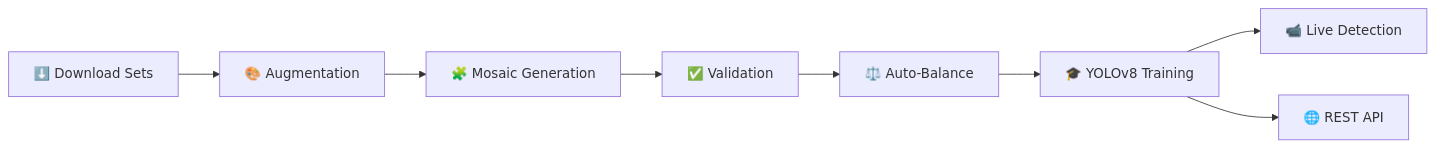
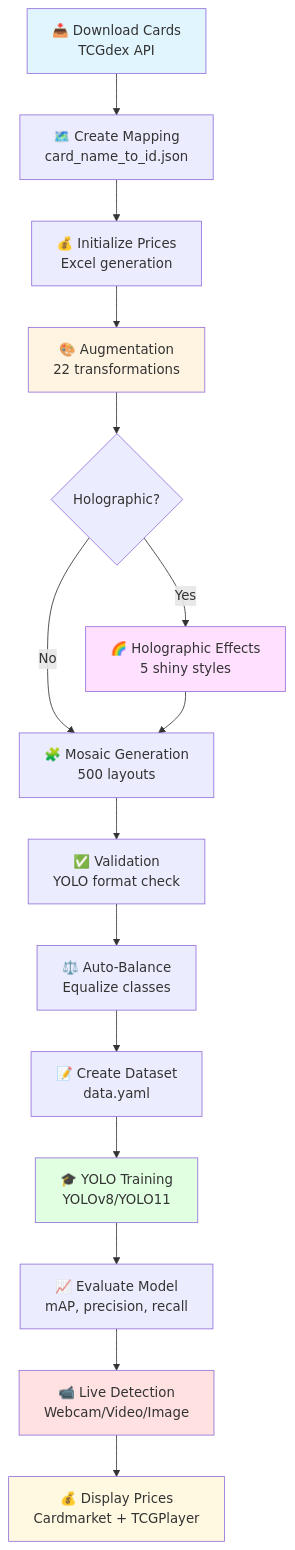
Before and after one commit to lo26lo/pok: the diagram in docs/README_COMPLET.md, drawn with Mermaid. The commit also changed other lines of this file, not shown here.

Commit message:
docs: complete README overhaul with English version, workflow diagrams, and screenshots section

````diff
--- a/docs/README_COMPLET.md
+++ b/docs/README_COMPLET.md
@@ -441,10 +437,24 @@
 ```mermaid
-graph LR
-    A[⬇️ Download Sets] --> B[🎨 Augmentation]
-    B --> C[🧩 Mosaic Generation]
-    C --> D[✅ Validation]
-    D --> E[⚖️ Auto-Balance]
-    E --> F[🎓 YOLOv8 Training]
-    F --> G[📹 Live Detection]
-    F --> H[🌐 REST API]
+graph TB
+    A[📥 Download Cards<br/>TCGdex API] --> B[🗺️ Create Mapping<br/>card_name_to_id.json]
+    B --> C[💰 Initialize Prices<br/>Excel generation]
+    C --> D[🎨 Augmentation<br/>22 transformations]
+    D --> E{Holographic?}
+    E -->|Yes| F[🌈 Holographic Effects<br/>5 shiny styles]
+    E -->|No| G[🧩 Mosaic Generation<br/>500 layouts]
+    F --> G
+    G --> H[✅ Validation<br/>YOLO format check]
+    H --> I[⚖️ Auto-Balance<br/>Equalize classes]
+    I --> J[📝 Create Dataset<br/>data.yaml]
+    J --> K[🎓 YOLO Training<br/>YOLOv8/YOLO11]
+    K --> L[📈 Evaluate Model<br/>mAP, precision, recall]
+    L --> M[📹 Live Detection<br/>Webcam/Video/Image]
+    M --> N[💰 Display Prices<br/>Cardmarket + TCGPlayer]
+    
+    style A fill:#e1f5ff
+    style D fill:#fff4e1
+    style F fill:#ffe1ff
+    style K fill:#e1ffe1
+    style M fill:#ffe1e1
+    style N fill:#fff9e1
 ```
````
